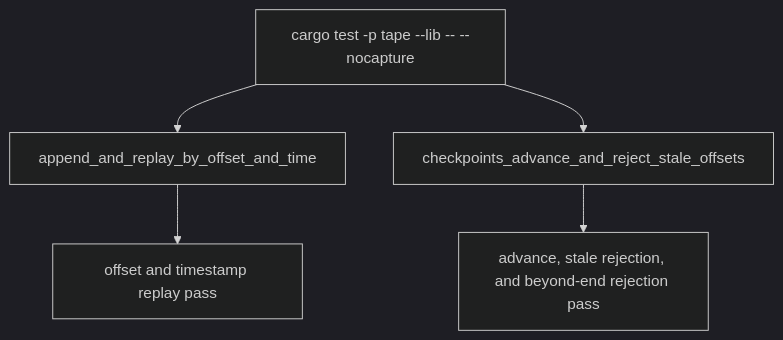
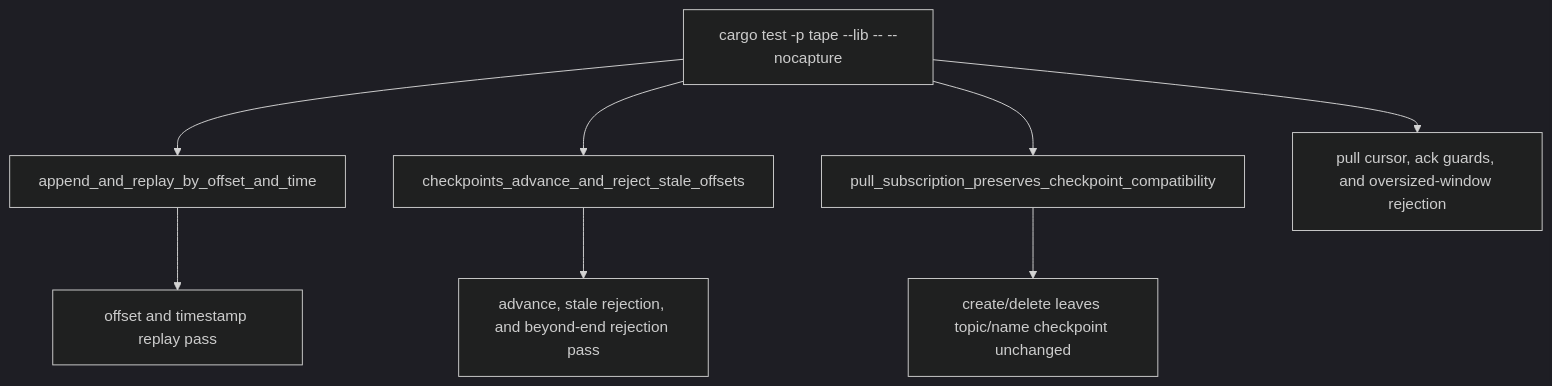
Before and after one commit to chrischeng-c4/axiom: the second of 2 diagrams in apps/tape/tech-design/semantic/source/apps-tape-src-lib-rs.md, drawn with Mermaid (dark theme). The commit also changed other lines of this file and 340 other files, not shown here.

````diff
--- a/apps/tape/tech-design/semantic/source/apps-tape-src-lib-rs.md
+++ b/apps/tape/tech-design/semantic/source/apps-tape-src-lib-rs.md
@@ -56,10 +77,13 @@
 ```mermaid
 ---
 id: tape-td-flow
 ---
 flowchart TD
     libtest["cargo test -p tape --lib -- --nocapture"] --> replaytest["append_and_replay_by_offset_and_time"]
     libtest --> checkpointtest["checkpoints_advance_and_reject_stale_offsets"]
+    libtest --> subscriptiontest["pull_subscription_preserves_checkpoint_compatibility"]
     replaytest --> replayproof["offset and timestamp replay pass"]
     checkpointtest --> checkpointproof["advance, stale rejection, and beyond-end rejection pass"]
+    subscriptiontest --> subscriptionproof["create/delete leaves topic/name checkpoint unchanged"]
+    libtest --> pulltest["pull cursor, ack guards, and oversized-window rejection"]
 ```
````
